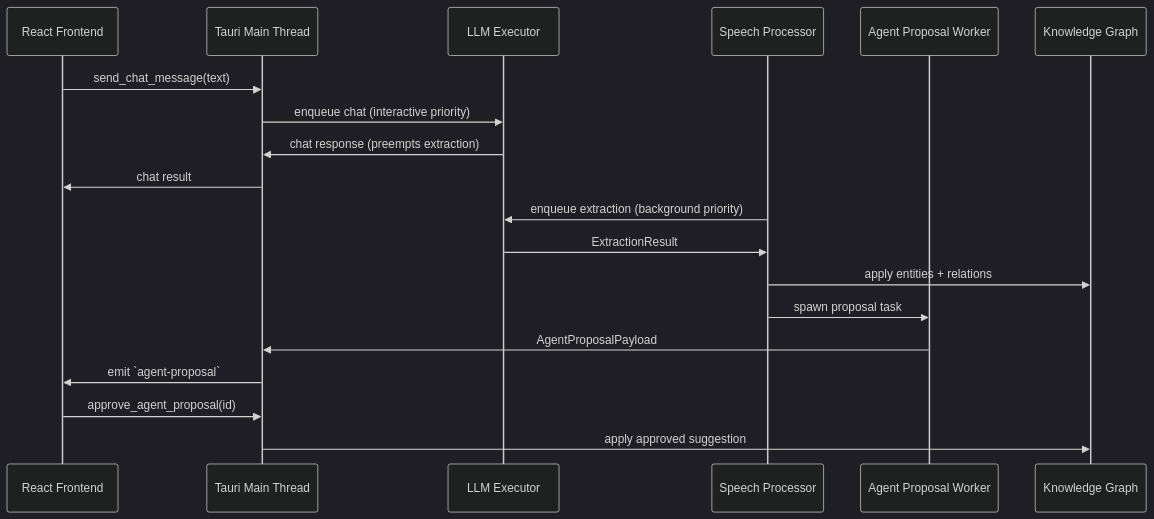
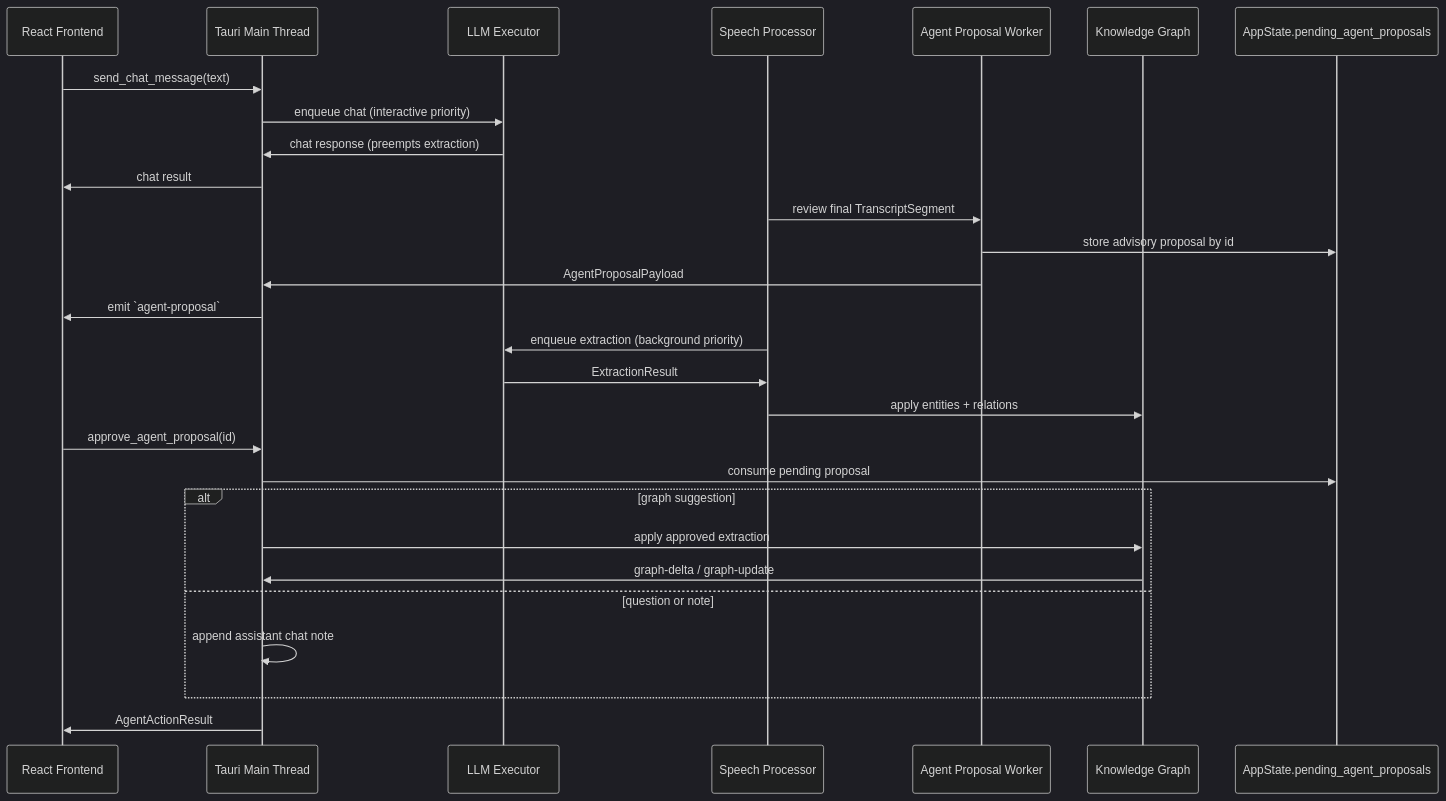
One commit to Codeseys-Labs/audio-graph changed the seventh of 10 diagrams in docs/ARCHITECTURE.md. Above: the diagram before and after it, drawn with Mermaid (dark theme). The commit also changed other lines of this file and 17 other files, not shown here.

````diff
--- a/docs/ARCHITECTURE.md
+++ b/docs/ARCHITECTURE.md
@@ -443,24 +640,34 @@
 ```mermaid
 sequenceDiagram
     participant UI as React Frontend
     participant Main as Tauri Main Thread
     participant Exec as LLM Executor
     participant Speech as Speech Processor
     participant Agent as Agent Proposal Worker
     participant Graph as Knowledge Graph
+    participant State as AppState.pending_agent_proposals
 
     UI->>Main: send_chat_message(text)
     Main->>Exec: enqueue chat (interactive priority)
     Exec->>Main: chat response (preempts extraction)
     Main->>UI: chat result
 
+    Speech->>Agent: review final TranscriptSegment
+    Agent->>State: store advisory proposal by id
+    Agent->>Main: AgentProposalPayload
+    Main->>UI: emit `agent-proposal`
+
     Speech->>Exec: enqueue extraction (background priority)
     Exec->>Speech: ExtractionResult
     Speech->>Graph: apply entities + relations
-    Speech->>Agent: spawn proposal task
-    Agent->>Main: AgentProposalPayload
-    Main->>UI: emit `agent-proposal`
 
     UI->>Main: approve_agent_proposal(id)
-    Main->>Graph: apply approved suggestion
+    Main->>State: consume pending proposal
+    alt graph suggestion
+        Main->>Graph: apply approved extraction
+        Graph->>Main: graph-delta / graph-update
+    else question or note
+        Main->>Main: append assistant chat note
+    end
+    Main->>UI: AgentActionResult
 ```
````
